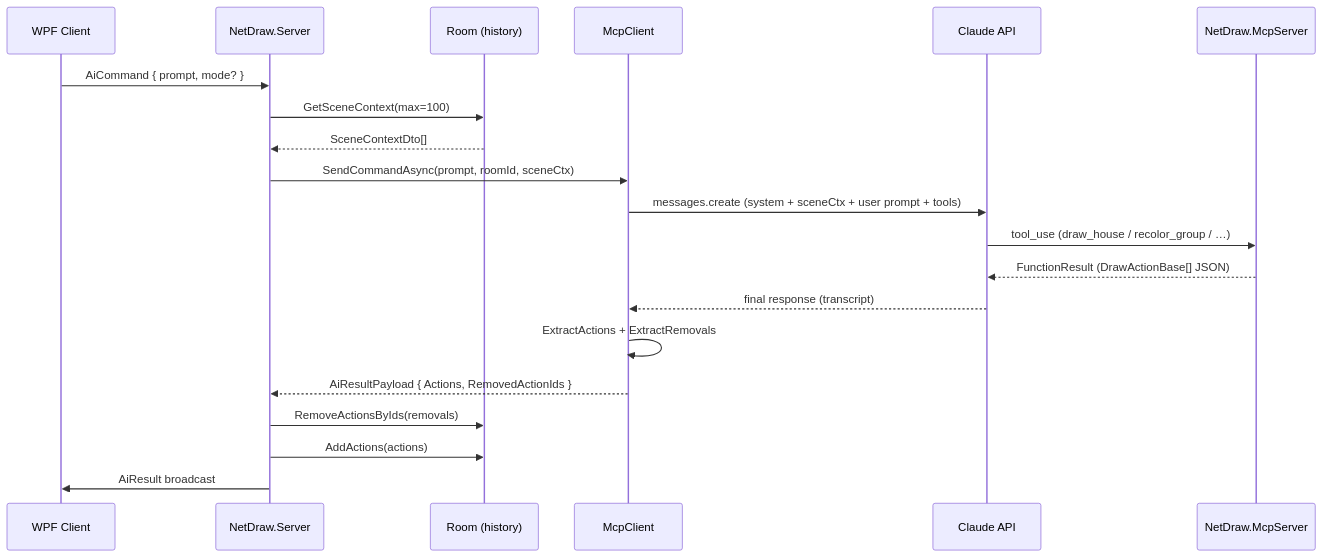
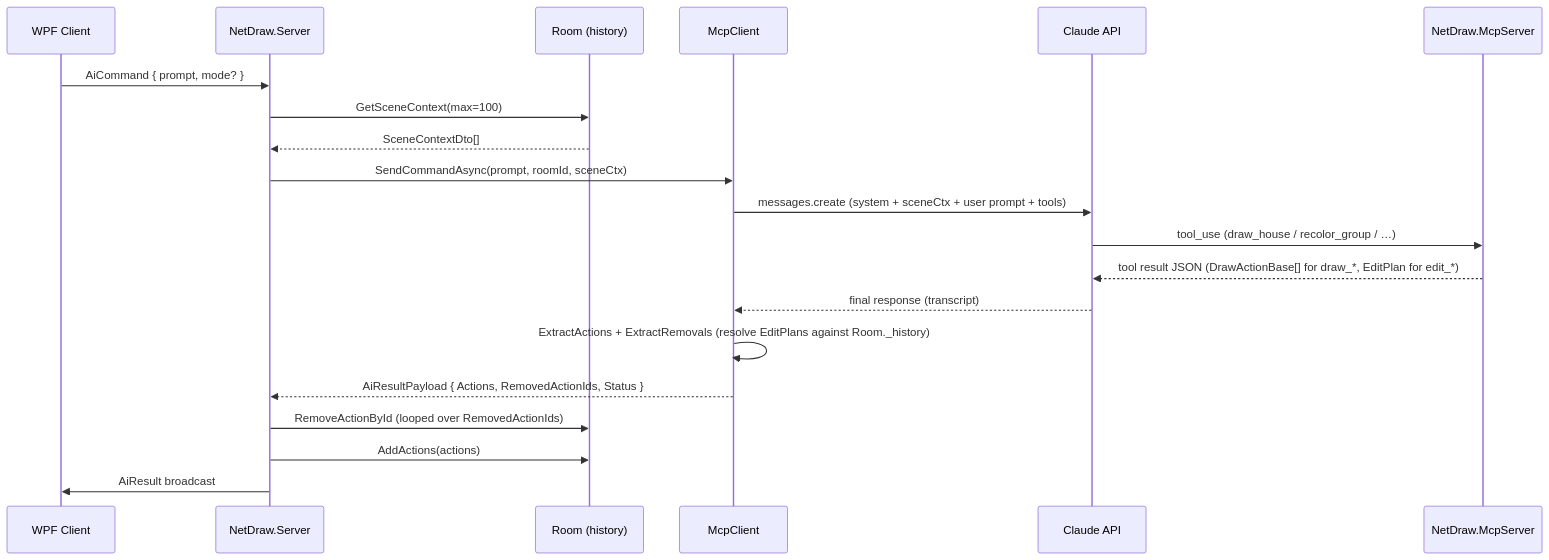
The diagram in docs/design/mcp-v2.md (sup3rshy/NT106.Q21.ANTN), drawn with Mermaid before and after one commit. The commit also changed other lines of this file, not shown here.

First line of the commit message:
docs(design): MCP v2 revision addressing 16 review findings

````diff
--- a/docs/design/mcp-v2.md
+++ b/docs/design/mcp-v2.md
@@ -9,23 +9,23 @@
 ```mermaid
 sequenceDiagram
     participant Client as WPF Client
     participant Server as NetDraw.Server
     participant Room as Room (history)
     participant MCP as McpClient
     participant Claude as Claude API
     participant Tools as NetDraw.McpServer
 
     Client->>Server: AiCommand { prompt, mode? }
     Server->>Room: GetSceneContext(max=100)
     Room-->>Server: SceneContextDto[]
     Server->>MCP: SendCommandAsync(prompt, roomId, sceneCtx)
     MCP->>Claude: messages.create (system + sceneCtx + user prompt + tools)
     Claude->>Tools: tool_use (draw_house / recolor_group / …)
-    Tools-->>Claude: FunctionResult (DrawActionBase[] JSON)
+    Tools-->>Claude: tool result JSON (DrawActionBase[] for draw_*, EditPlan for edit_*)
     Claude-->>MCP: final response (transcript)
-    MCP->>MCP: ExtractActions + ExtractRemovals
-    MCP-->>Server: AiResultPayload { Actions, RemovedActionIds }
-    Server->>Room: RemoveActionsByIds(removals)
+    MCP->>MCP: ExtractActions + ExtractRemovals (resolve EditPlans against Room._history)
+    MCP-->>Server: AiResultPayload { Actions, RemovedActionIds, Status }
+    Server->>Room: RemoveActionById (looped over RemovedActionIds)
     Server->>Room: AddActions(actions)
     Server->>Client: AiResult broadcast
 ```
````
